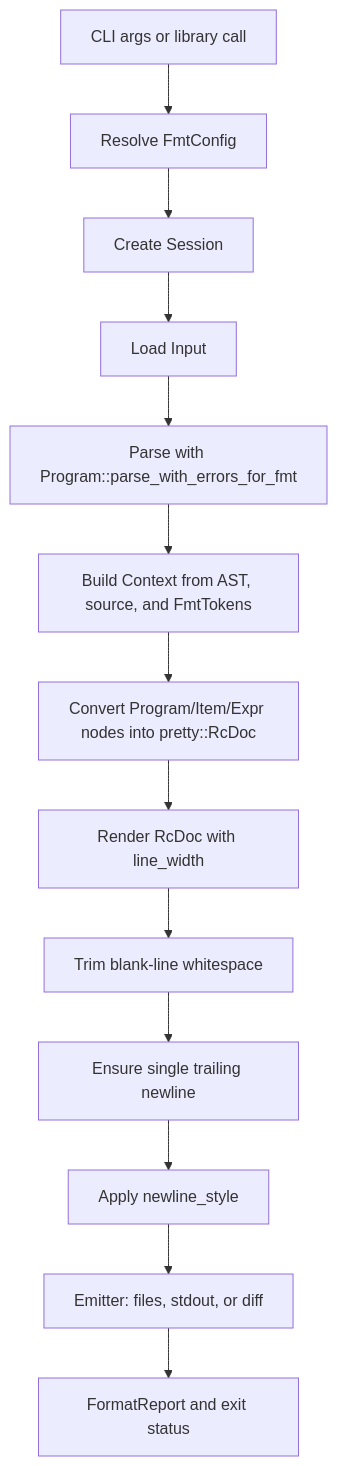
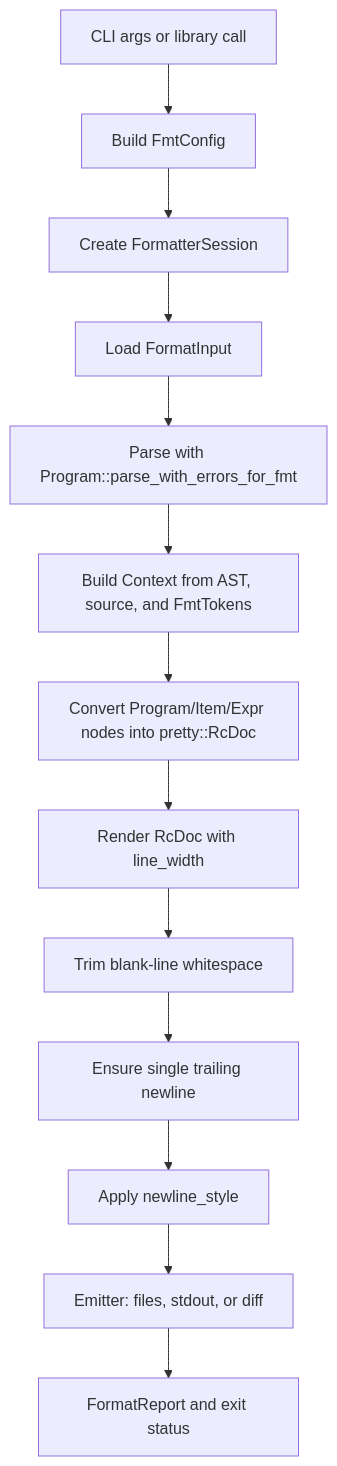
The diagram in Design.md (BlockstreamResearch/simfmt), drawn with Mermaid before and after one commit. The commit also changed other lines of this file and 30 other files, not shown here.

````diff
--- a/Design.md
+++ b/Design.md
@@ -98,15 +98,15 @@
 ```mermaid
 flowchart TD
-    A["CLI args or library call"] --> B["Resolve FmtConfig"]
-    B --> C["Create Session"]
-    C --> D["Load Input"]
+    A["CLI args or library call"] --> B["Build FmtConfig"]
+    B --> C["Create FormatterSession"]
+    C --> D["Load FormatInput"]
     D --> E["Parse with Program::parse_with_errors_for_fmt"]
     E --> F["Build Context from AST, source, and FmtTokens"]
     F --> G["Convert Program/Item/Expr nodes into pretty::RcDoc"]
     G --> H["Render RcDoc with line_width"]
     H --> I["Trim blank-line whitespace"]
     I --> J["Ensure single trailing newline"]
     J --> K["Apply newline_style"]
     K --> L["Emitter: files, stdout, or diff"]
     L --> M["FormatReport and exit status"]
 ```
````
